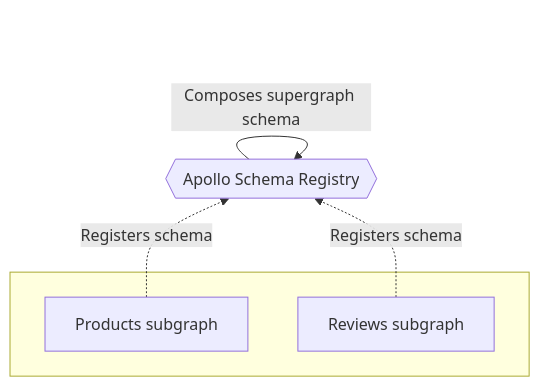
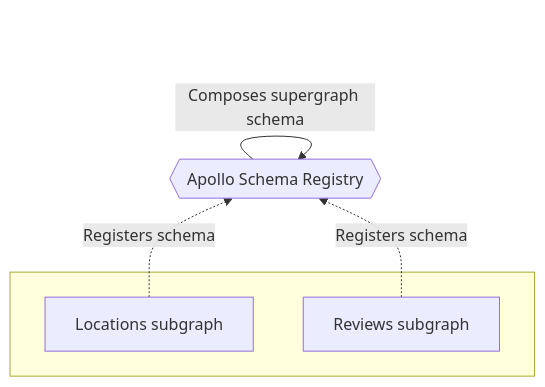
The first of 3 diagrams in docs/source/quickstart/studio-composition.mdx (apollographql/federation), drawn with Mermaid before and after one commit. The commit also changed other lines of this file and 7 other files, not shown here.

````diff
--- a/docs/source/quickstart/studio-composition.mdx
+++ b/docs/source/quickstart/studio-composition.mdx
@@ -12,11 +12,11 @@
 ```mermaid
 flowchart BT;
   subgraph " "
-  serviceA[Products subgraph];
+  serviceA[Locations subgraph];
   serviceB[Reviews subgraph];
   end
   registry{{Apollo Schema Registry}};
   serviceA & serviceB -. Registers schema .-> registry;
   registry -- Composes supergraph schema--> registry;
   class registry secondary;
 ```
````
